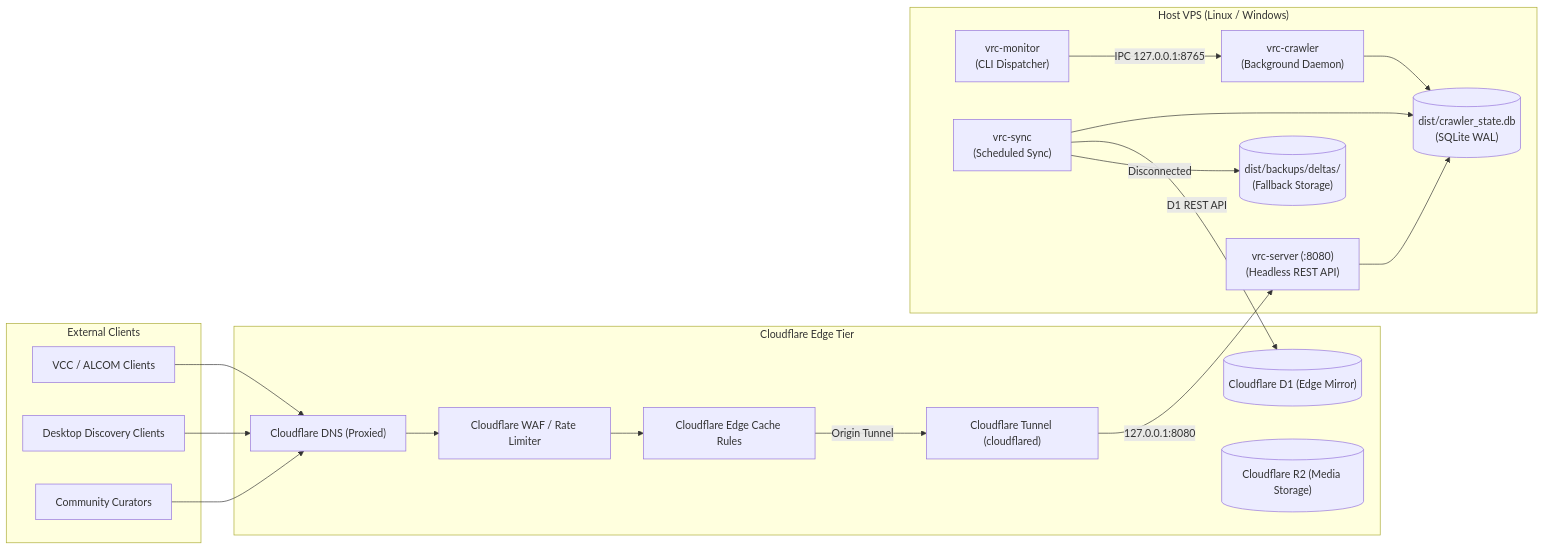
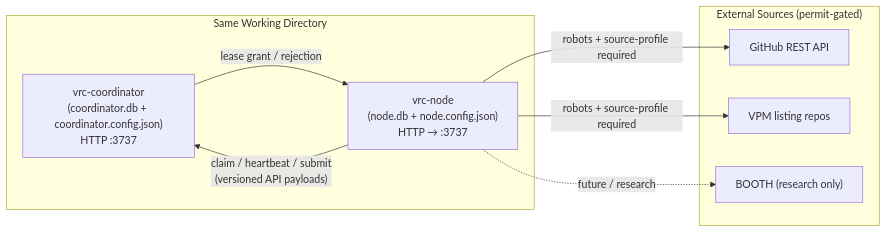
The diagram in DELEGATES.md (SlamTheDragon/vrc-package-crawler), drawn with Mermaid before and after one commit. The commit also changed other lines of this file and 18 other files, not shown here.

````diff
--- a/DELEGATES.md
+++ b/DELEGATES.md
@@ -13,42 +16,20 @@
 ```mermaid
 flowchart LR
-    subgraph "External Clients"
-        VCC["VCC / ALCOM Clients"]
-        DESKTOP["Desktop Discovery Clients"]
-        USER["Community Curators"]
+    subgraph "Same Working Directory"
+        COORD["vrc-coordinator\n(coordinator.db + coordinator.config.json)\nHTTP :3737"]
+        NODE["vrc-node\n(node.db + node.config.json)\nHTTP → :3737"]
     end
 
-    subgraph "Cloudflare Edge Tier"
-        CF_DNS["Cloudflare DNS (Proxied)"]
-        CF_WAF["Cloudflare WAF / Rate Limiter"]
-        CF_CACHE["Cloudflare Edge Cache Rules"]
-        CF_TUNNEL["Cloudflare Tunnel (cloudflared)"]
-        CF_D1[("Cloudflare D1 (Edge Mirror)")]
-        CF_R2[("Cloudflare R2 (Media Storage)")]
+    NODE -->|"claim / heartbeat / submit\n(versioned API payloads)"| COORD
+    COORD -->|"lease grant / rejection"| NODE
+
+    subgraph "External Sources (permit-gated)"
+        GITHUB["GitHub REST API"]
+        VPM["VPM listing repos"]
+        BOOTH["BOOTH (research only)"]
     end
 
-    subgraph "Host VPS (Linux / Windows)"
-        SERVER["vrc-server (:8080)\n(Headless REST API)"]
-        CRAWLER["vrc-crawler\n(Background Daemon)"]
-        MONITOR["vrc-monitor\n(CLI Dispatcher)"]
-        LOCAL_DB[("dist/crawler_state.db\n(SQLite WAL)")]
-        LOCAL_BACKUP[("dist/backups/deltas/\n(Fallback Storage)")]
-        SYNC_TOOL["vrc-sync\n(Scheduled Sync)"]
-    end
-
-    VCC --> CF_DNS
-    DESKTOP --> CF_DNS
-    USER --> CF_DNS
-
-    CF_DNS --> CF_WAF
-    CF_WAF --> CF_CACHE
-    CF_CACHE -->|Origin Tunnel| CF_TUNNEL
-    CF_TUNNEL -->|127.0.0.1:8080| SERVER
-
-    SERVER --> LOCAL_DB
-    CRAWLER --> LOCAL_DB
-    MONITOR -->|IPC 127.0.0.1:8765| CRAWLER
-    SYNC_TOOL --> LOCAL_DB
-    SYNC_TOOL -->|D1 REST API| CF_D1
-    SYNC_TOOL -->|Disconnected| LOCAL_BACKUP
+    NODE -->|"robots + source-profile required"| GITHUB
+    NODE -->|"robots + source-profile required"| VPM
+    NODE -.->|"future / research"| BOOTH
 ```
````
